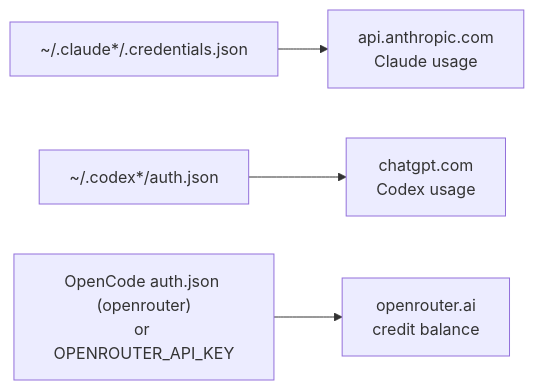
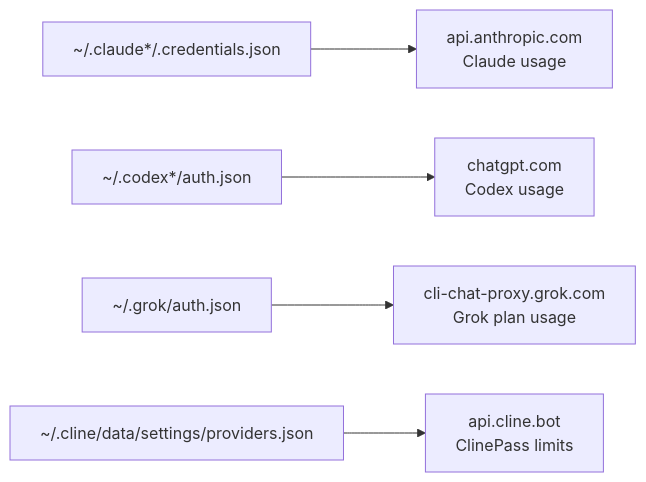
One commit to Lio3307/O-Bros changed the eighth of 9 diagrams in docs/ARCHITECTURE.md. Above: the diagram before and after it, drawn with Mermaid. The commit also changed 30 other files, not shown here.

Commit message:
Plan usage for Grok and ClinePass, status bar shows plan limits only (OpenRouter credit removed), find more agents and say how many are on this computer

````diff
--- a/docs/ARCHITECTURE.md
+++ b/docs/ARCHITECTURE.md
@@ -246,6 +246,7 @@
 ```mermaid
 flowchart LR
     C1["~/.claude*/.credentials.json"] --> U1["api.anthropic.com<br/>Claude usage"]
     C2["~/.codex*/auth.json"] --> U2["chatgpt.com<br/>Codex usage"]
-    C3["OpenCode auth.json (openrouter)<br/>or OPENROUTER_API_KEY"] --> U3["openrouter.ai<br/>credit balance"]
+    C3["~/.grok/auth.json"] --> U3["cli-chat-proxy.grok.com<br/>Grok plan usage"]
+    C4["~/.cline/data/settings/providers.json"] --> U4["api.cline.bot<br/>ClinePass limits"]
 ```
````
